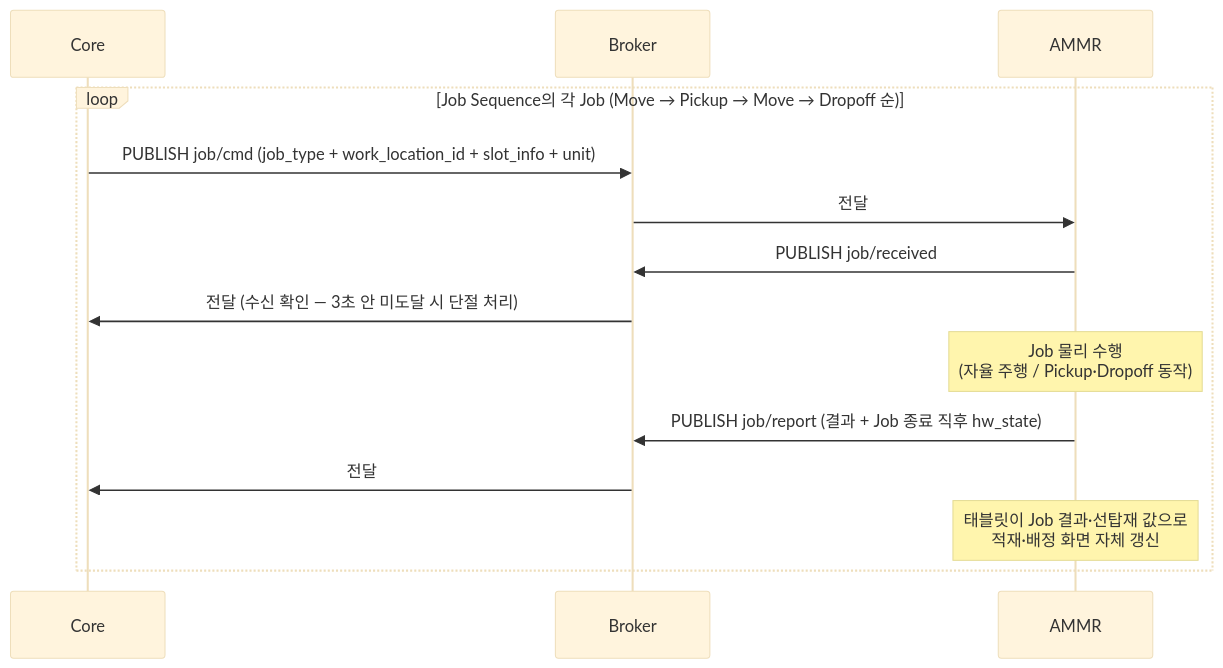
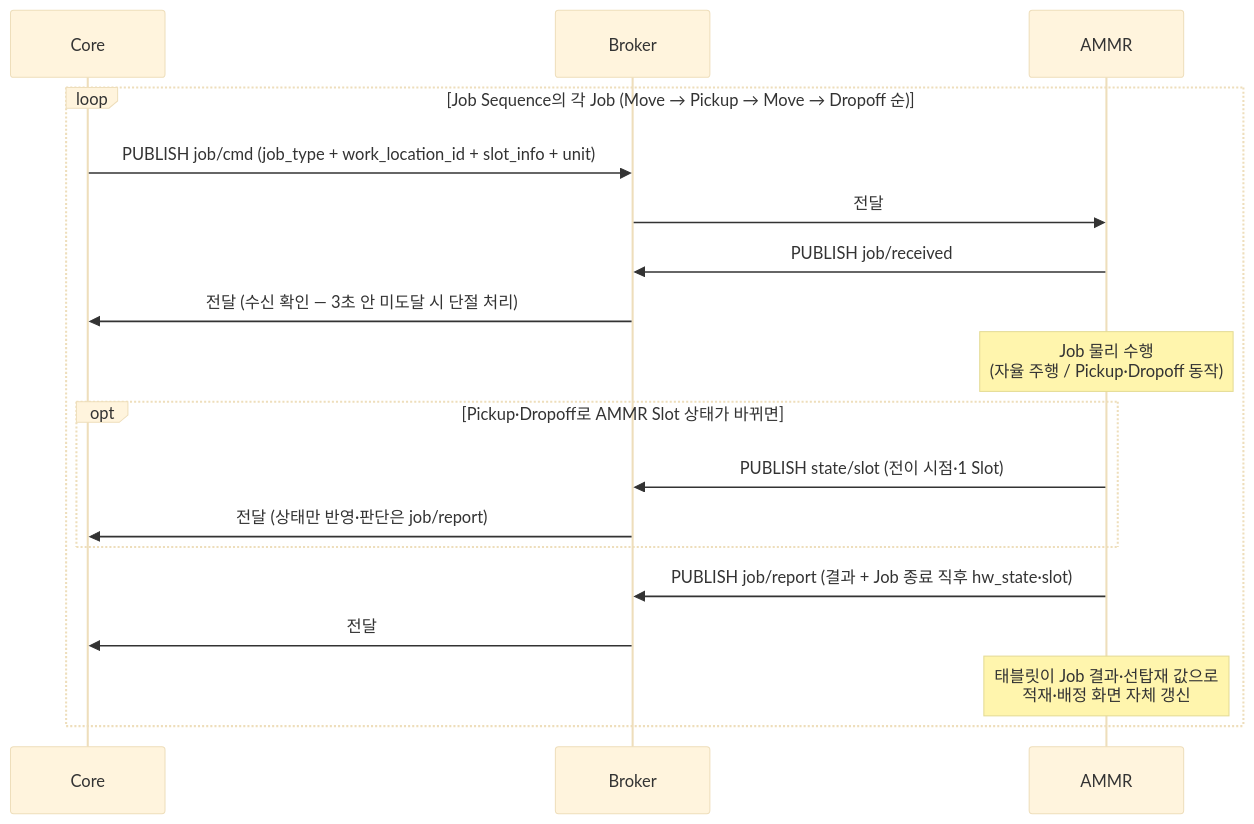
The seventh of 15 diagrams in docs/out/Core_ICD_AMMR.md (kimminsu0315/Core-Docs), drawn with Mermaid (base theme) before and after one commit. The commit also changed other lines of this file and 7 other files, not shown here.

````diff
--- a/docs/out/Core_ICD_AMMR.md
+++ b/docs/out/Core_ICD_AMMR.md
@@ -1236,17 +1488,21 @@
 ```mermaid
 sequenceDiagram
     participant C as Core
     participant B as Broker
     participant A as AMMR
 
     loop Job Sequence의 각 Job (Move → Pickup → Move → Dropoff 순)
         C->>B: PUBLISH job/cmd (job_type + work_location_id + slot_info + unit)
         B->>A: 전달
         A->>B: PUBLISH job/received
         B->>C: 전달 (수신 확인 — 3초 안 미도달 시 단절 처리)
         Note over A: Job 물리 수행<br/>(자율 주행 / Pickup·Dropoff 동작)
-        A->>B: PUBLISH job/report (결과 + Job 종료 직후 hw_state)
+        opt Pickup·Dropoff로 AMMR Slot 상태가 바뀌면
+            A->>B: PUBLISH state/slot (전이 시점·1 Slot)
+            B->>C: 전달 (상태만 반영·판단은 job/report)
+        end
+        A->>B: PUBLISH job/report (결과 + Job 종료 직후 hw_state·slot)
         B->>C: 전달
         Note over A: 태블릿이 Job 결과·선탑재 값으로<br/>적재·배정 화면 자체 갱신
     end
 ```
````
